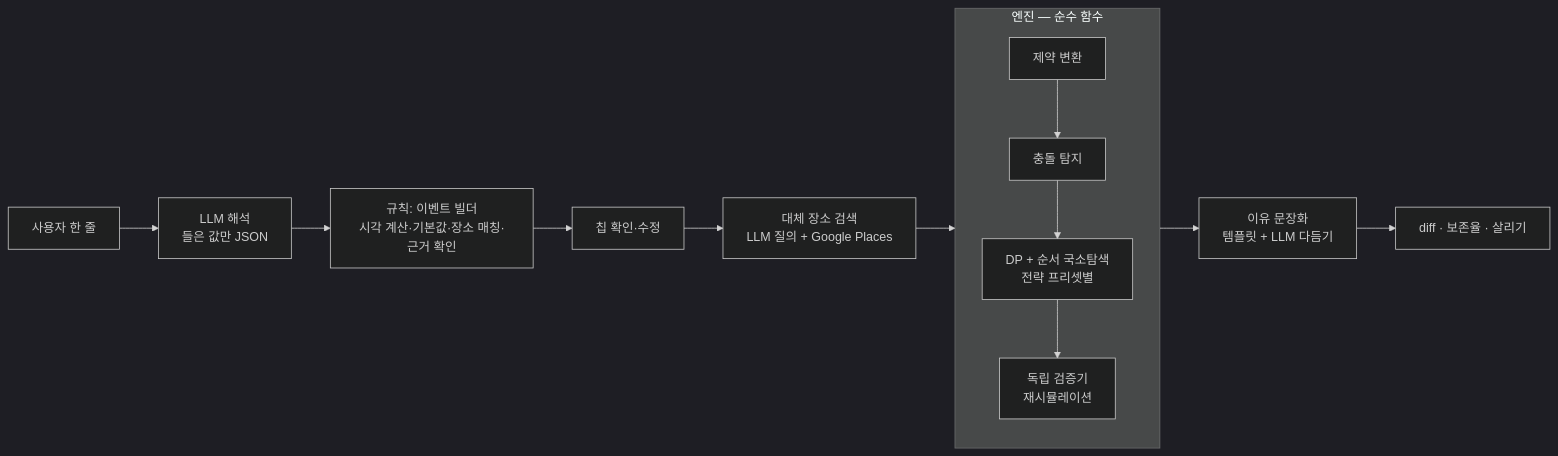
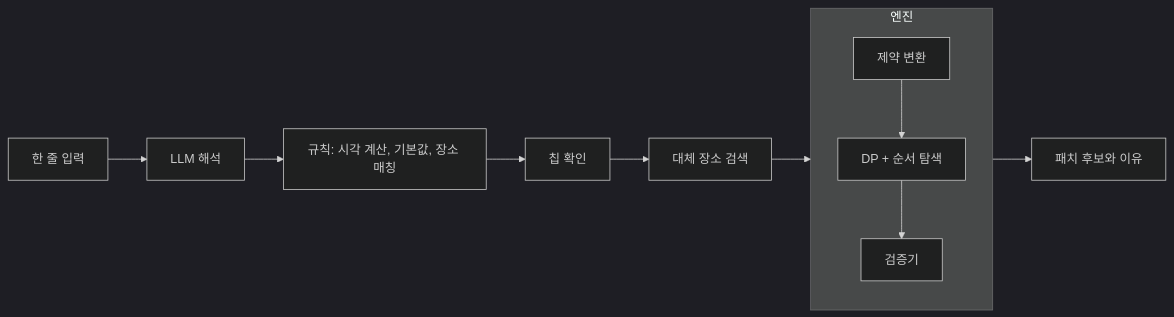
One commit to kyurimyang/TravelPatch changed the diagram in README.md. Above: the diagram before and after it, drawn with Mermaid (dark theme). The commit also changed other lines of this file and 3 other files, not shown here.

````diff
--- a/README.md
+++ b/README.md
@@ -77,15 +39,14 @@
 ```mermaid
 flowchart LR
-  U[사용자 한 줄] --> I[LLM 해석<br/>들은 값만 JSON]
-  I --> B[규칙: 이벤트 빌더<br/>시각 계산·기본값·장소 매칭·근거 확인]
-  B --> C[칩 확인·수정]
-  C --> S[대체 장소 검색<br/>LLM 질의 + Google Places]
+  U[한 줄 입력] --> I[LLM 해석]
+  I --> B[규칙: 시각 계산, 기본값, 장소 매칭]
+  B --> C[칩 확인]
+  C --> S[대체 장소 검색]
   S --> E
-  subgraph E[엔진 — 순수 함수]
+  subgraph E[엔진]
     direction TB
-    K[제약 변환] --> D[충돌 탐지] --> O[DP + 순서 국소탐색<br/>전략 프리셋별]
-    O --> V[독립 검증기<br/>재시뮬레이션]
+    K[제약 변환] --> O[DP + 순서 탐색]
+    O --> V[검증기]
   end
-  E --> R[이유 문장화<br/>템플릿 + LLM 다듬기]
-  R --> P[diff · 보존율 · 살리기]
+  E --> P[패치 후보와 이유]
 ```
````
